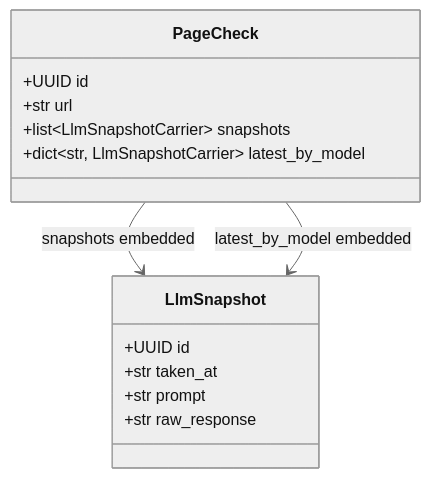
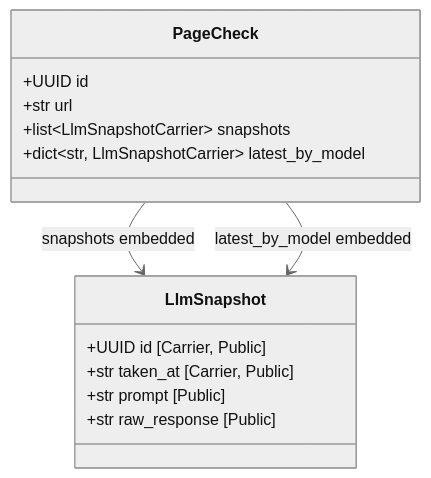
The fourth of 4 diagrams in examples/embedded_refs/README.md (release-art/pydantic-prism), drawn with Mermaid (neutral theme) before and after one commit. The commit also changed other lines of this file and 49 other files, not shown here.

````diff
--- a/examples/embedded_refs/README.md
+++ b/examples/embedded_refs/README.md
@@ -86,18 +86,18 @@
 ```mermaid
 classDiagram
     direction TB
     class LlmSnapshot {
-        +UUID id
-        +str taken_at
-        +str prompt
-        +str raw_response
+        +UUID id [Carrier, Public]
+        +str taken_at [Carrier, Public]
+        +str prompt [Public]
+        +str raw_response [Public]
     }
     class PageCheck {
         +UUID id
         +str url
         +list~LlmSnapshotCarrier~ snapshots
         +dict~str, LlmSnapshotCarrier~ latest_by_model
     }
     PageCheck --> LlmSnapshot : snapshots embedded
     PageCheck --> LlmSnapshot : latest_by_model embedded
 ```
````
